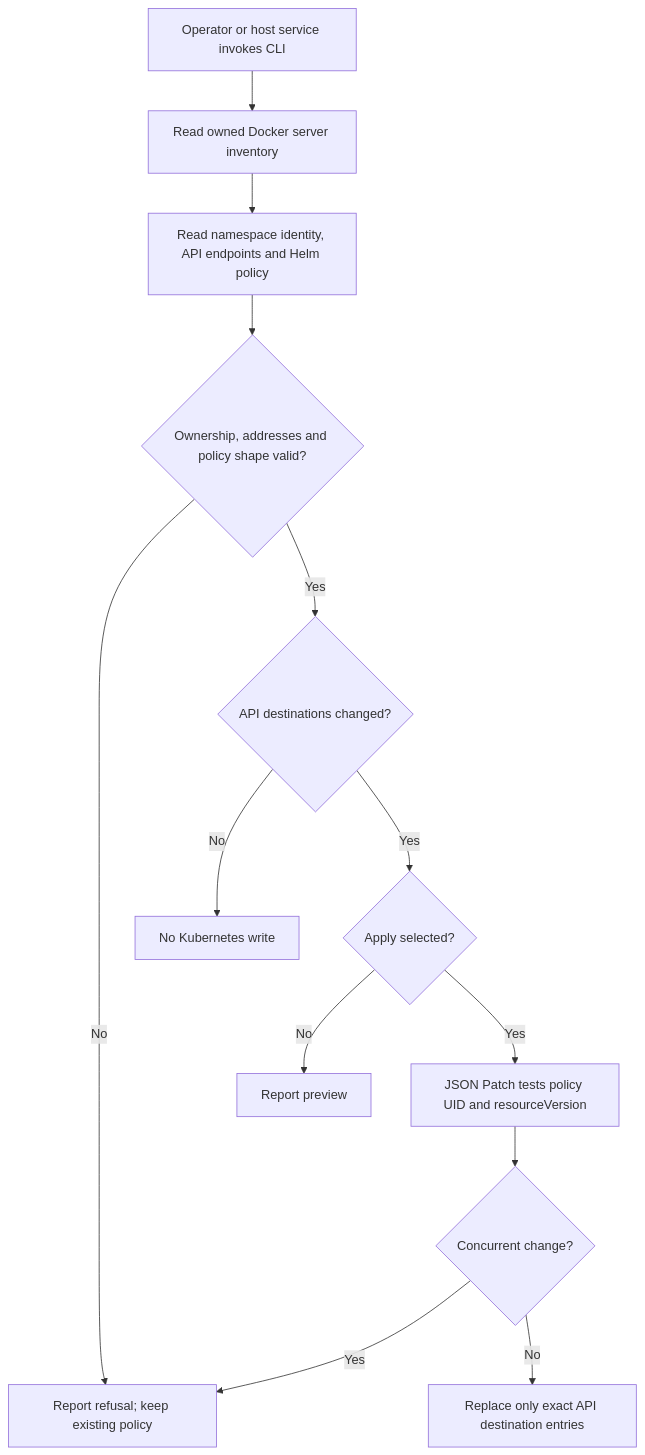
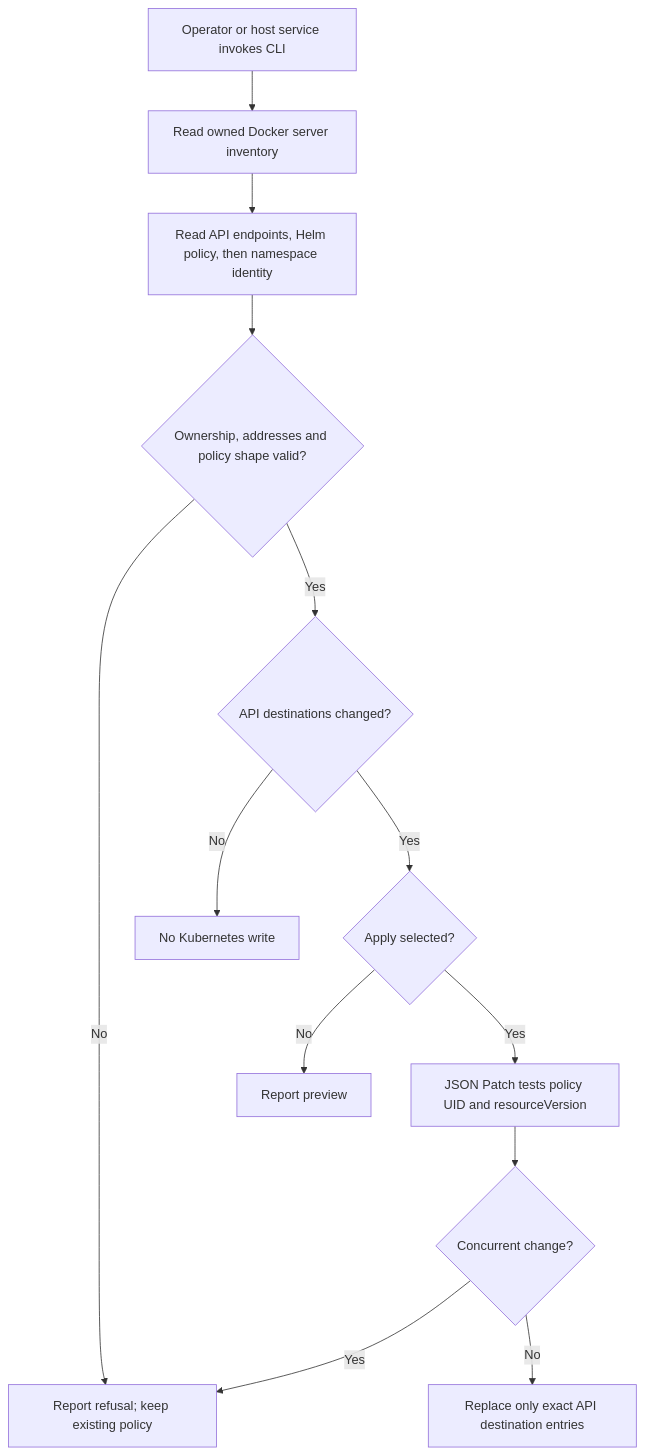
Before and after one commit to openclaw/openclaw-enterprise: the diagram in docs/flows/local-kubernetes-api-egress.md, drawn with Mermaid. The commit also changed other lines of this file and 2 other files, not shown here.

Commit message:
fix(dev): fence API egress across namespace replacement

````diff
--- a/docs/flows/local-kubernetes-api-egress.md
+++ b/docs/flows/local-kubernetes-api-egress.md
@@ -26,15 +26,15 @@
 ```mermaid
 graph TD
   A["Operator or host service invokes CLI"] --> B["Read owned Docker server inventory"]
-  B --> C["Read namespace identity, API endpoints and Helm policy"]
+  B --> C["Read API endpoints, Helm policy, then namespace identity"]
   C --> D{"Ownership, addresses and policy shape valid?"}
   D -->|No| E["Report refusal; keep existing policy"]
   D -->|Yes| F{"API destinations changed?"}
   F -->|No| G["No Kubernetes write"]
   F -->|Yes| H{"Apply selected?"}
   H -->|No| I["Report preview"]
   H -->|Yes| J["JSON Patch tests policy UID and resourceVersion"]
   J --> K{"Concurrent change?"}
   K -->|Yes| E
   K -->|No| L["Replace only exact API destination entries"]
 ```
````
